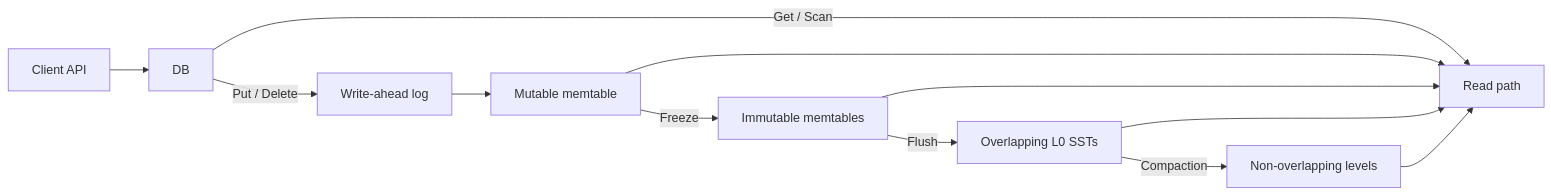
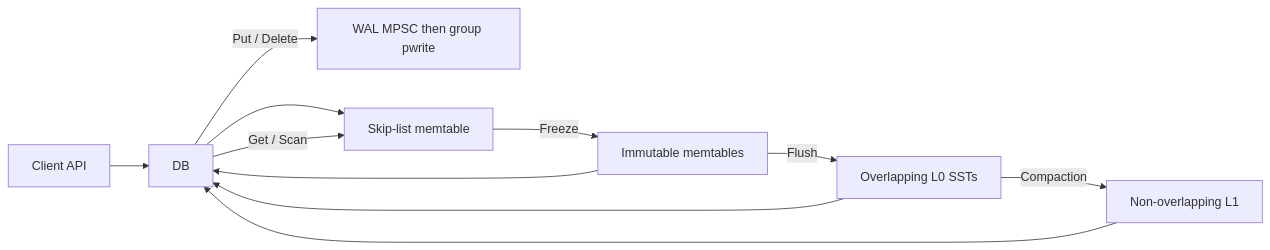
Before and after one commit to RohinJoshi1/HermesDB: the diagram in README.md, drawn with Mermaid. The commit also changed other lines of this file and 24 other files, not shown here.

Commit message:
Migrate to pread, skip list, MPSC WAL, YCSB C perf major improvement

````diff
--- a/README.md
+++ b/README.md
@@ -86,14 +94,13 @@
 ```mermaid
 flowchart LR
   Client[Client API] --> DB[DB]
-  DB -->|"Put / Delete"| WAL[Write-ahead log]
-  WAL --> Mutable[Mutable memtable]
-  Mutable -->|Freeze| Immutable[Immutable memtables]
-  Immutable -->|Flush| L0[Overlapping L0 SSTs]
-  L0 -->|Compaction| Levels[Non-overlapping levels]
-  DB -->|"Get / Scan"| ReadPath[Read path]
-  Mutable --> ReadPath
-  Immutable --> ReadPath
-  L0 --> ReadPath
-  Levels --> ReadPath
+  DB -->|"Put / Delete"| WAL[WAL MPSC then group pwrite]
+  DB --> Skip[Skip-list memtable]
+  Skip -->|Freeze| Imm[Immutable memtables]
+  Imm -->|Flush| L0[Overlapping L0 SSTs]
+  L0 -->|Compaction| L1[Non-overlapping L1]
+  DB -->|"Get / Scan"| Skip
+  Imm --> DB
+  L0 --> DB
+  L1 --> DB
 ```
````
